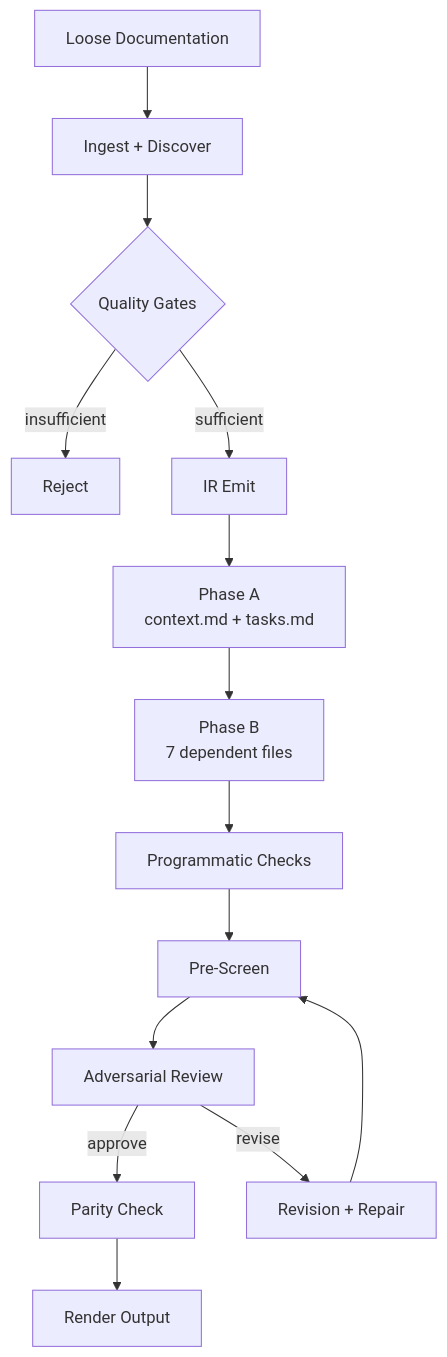
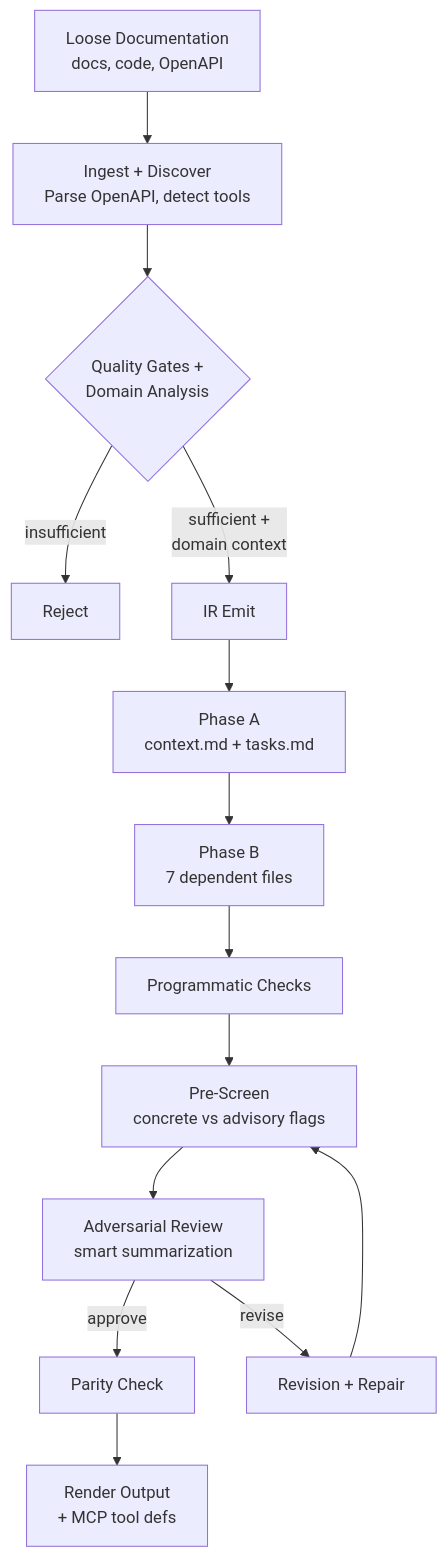
One commit to op7ic/SwarmMaker changed the first of 3 diagrams in docs/agent-engineering-reference.md. Above: the diagram before and after it, drawn with Mermaid. The commit also changed other lines of this file and 1 other file, not shown here.

Commit message:
Update mermaid charts with concrete/advisory flags and smart summarization
README validation chart now shows flag classification split (concrete
blocks build, advisory non-blocking) and notes smart summarization in
the review node (flagged files full content, unflagged get summaries).

docs/ pipeline chart updated with domain analysis in quality gates,
OpenAPI in ingestion, MCP in render, and concrete/advisory distinction
in pre-screen and re-screen nodes.

````diff
--- a/docs/agent-engineering-reference.md
+++ b/docs/agent-engineering-reference.md
@@ -9,16 +9,16 @@
 ```mermaid
 graph TD
-    INPUT["Loose Documentation"] --> INGEST["Ingest + Discover"]
-    INGEST --> GATE{"Quality Gates"}
+    INPUT["Loose Documentation<br/>docs, code, OpenAPI"] --> INGEST["Ingest + Discover<br/>Parse OpenAPI, detect tools"]
+    INGEST --> GATE{"Quality Gates +<br/>Domain Analysis"}
     GATE -->|insufficient| REJECT["Reject"]
-    GATE -->|sufficient| IR["IR Emit"]
+    GATE -->|"sufficient +<br/>domain context"| IR["IR Emit"]
     IR --> PHASE_A["Phase A<br/>context.md + tasks.md"]
     PHASE_A --> PHASE_B["Phase B<br/>7 dependent files"]
     PHASE_B --> CHECK["Programmatic Checks"]
-    CHECK --> SCREEN["Pre-Screen"]
-    SCREEN --> REVIEW["Adversarial Review"]
+    CHECK --> SCREEN["Pre-Screen<br/>concrete vs advisory flags"]
+    SCREEN --> REVIEW["Adversarial Review<br/>smart summarization"]
     REVIEW -->|approve| PARITY["Parity Check"]
     REVIEW -->|revise| REVISE["Revision + Repair"]
     REVISE --> SCREEN
-    PARITY --> RENDER["Render Output"]
+    PARITY --> RENDER["Render Output<br/>+ MCP tool defs"]
 ```
````
